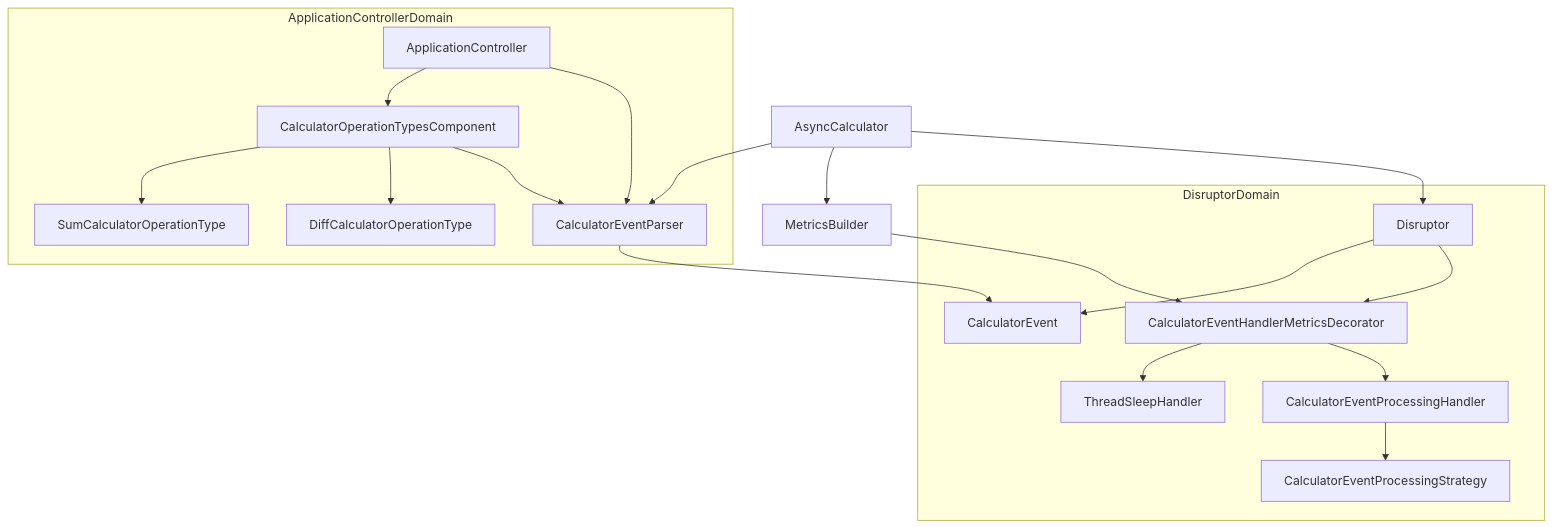
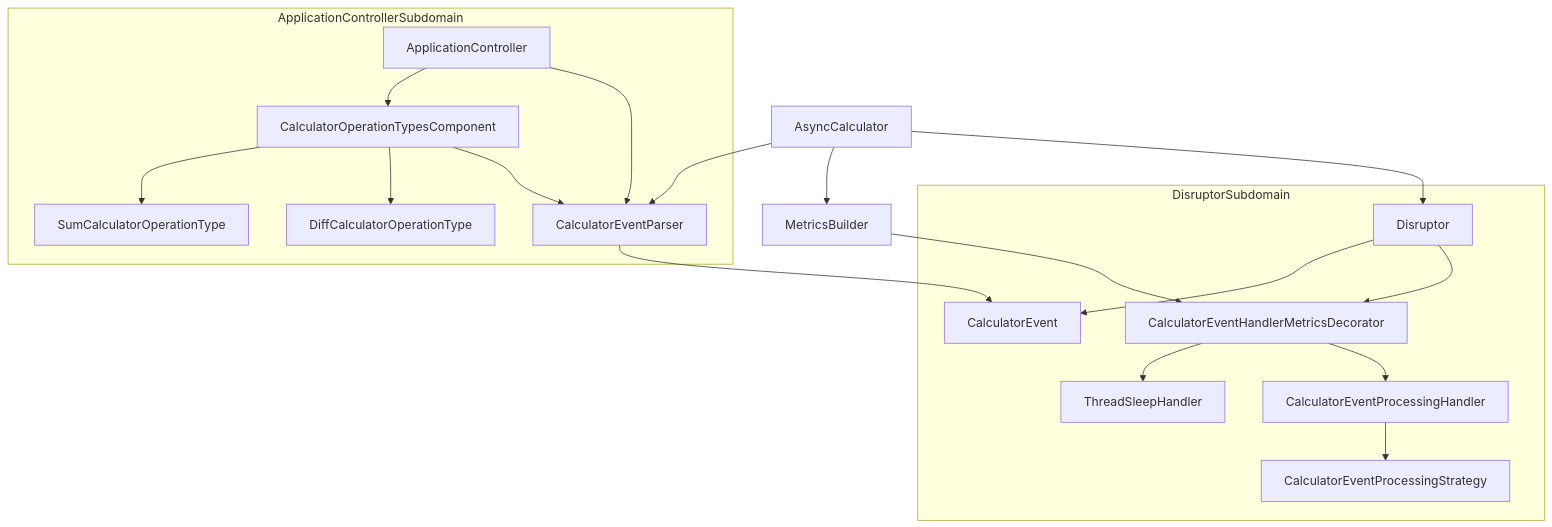
Before and after one commit to psokolnikov/AsyncCalculator: the diagram in README.md, drawn with Mermaid.

````diff
--- a/README.md
+++ b/README.md
@@ -5,26 +5,26 @@
 ```mermaid
 graph TD;
 
 
   AsyncCalculator-->MetricsBuilder
 
-subgraph DisruptorDomain
+subgraph DisruptorSubdomain
     Disruptor-->CalculatorEvent;
     Disruptor-->CalculatorEventHandlerMetricsDecorator;
       CalculatorEventHandlerMetricsDecorator-->ThreadSleepHandler;
       CalculatorEventHandlerMetricsDecorator-->CalculatorEventProcessingHandler-->CalculatorEventProcessingStrategy;
 end
 
-subgraph ApplicationControllerDomain
+subgraph ApplicationControllerSubdomain
     ApplicationController-->CalculatorOperationTypesComponent;
         CalculatorOperationTypesComponent-->SumCalculatorOperationType;
         CalculatorOperationTypesComponent-->DiffCalculatorOperationType;
     ApplicationController-->CalculatorEventParser;
     CalculatorOperationTypesComponent-->CalculatorEventParser
 end
 
 MetricsBuilder-->CalculatorEventHandlerMetricsDecorator;
 AsyncCalculator-->CalculatorEventParser
 AsyncCalculator-->Disruptor;
 CalculatorEventParser-->CalculatorEvent;
 ```
````
